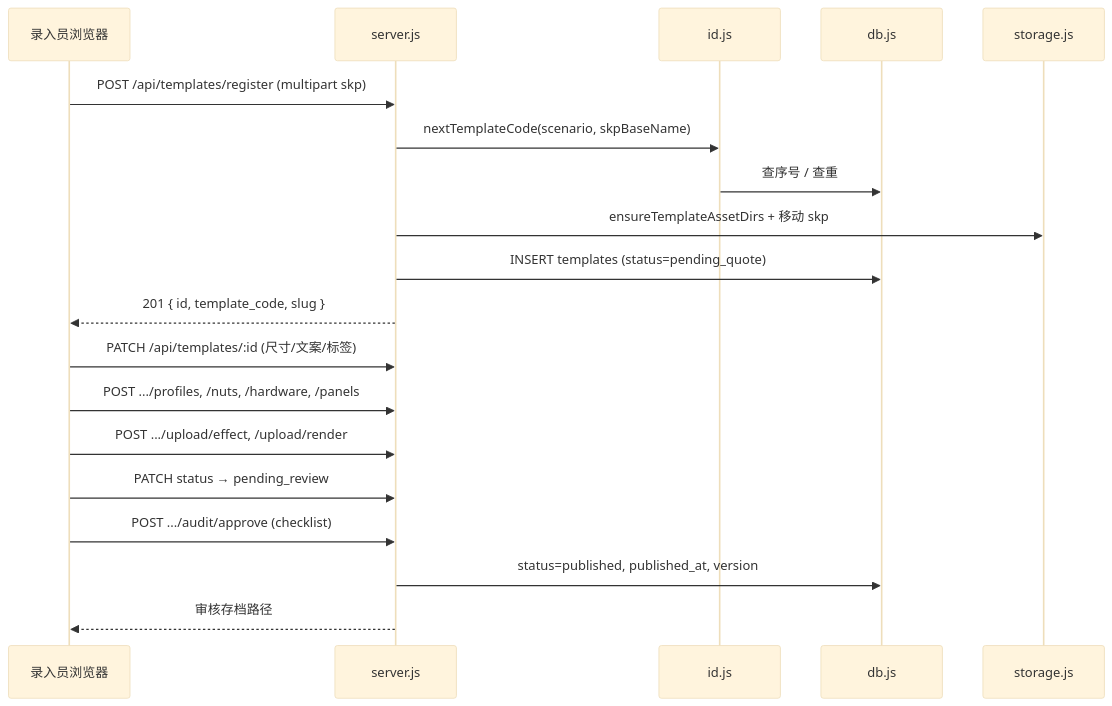
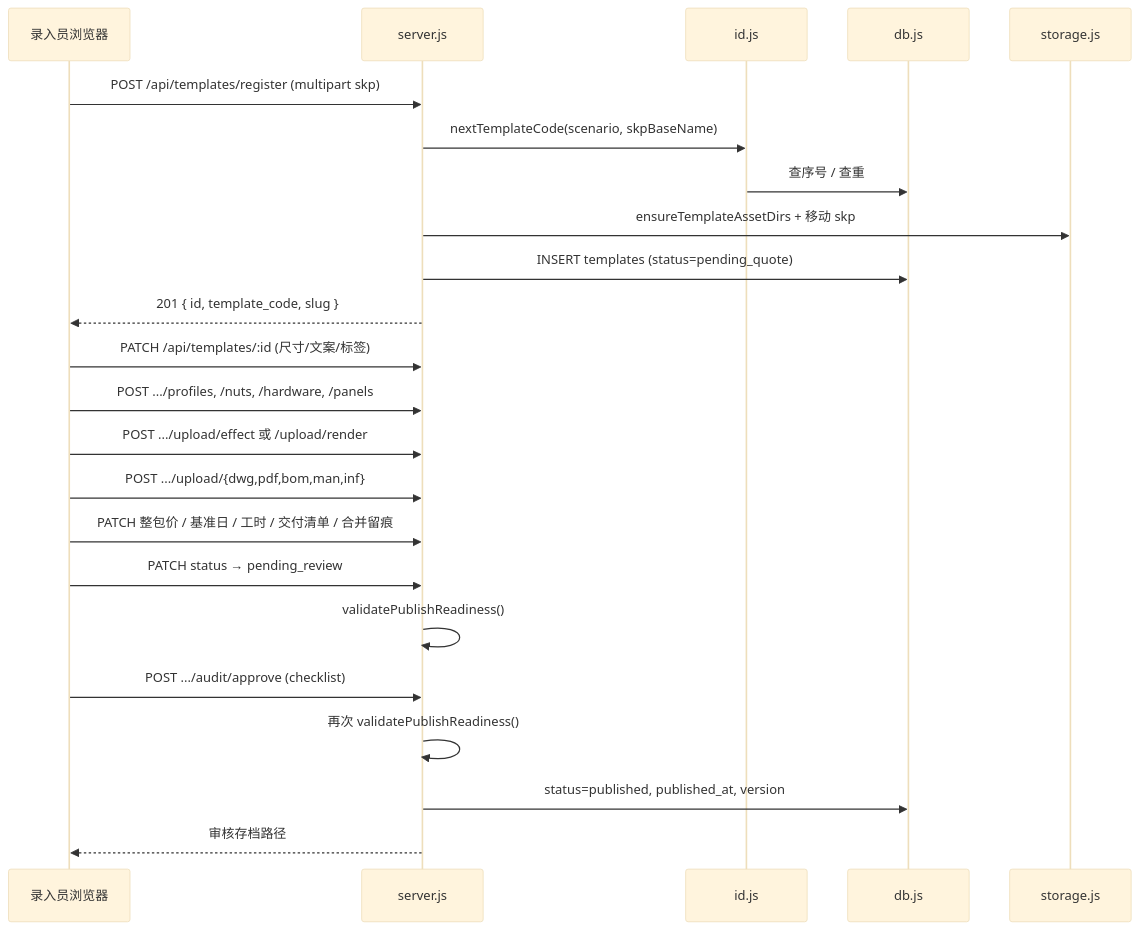
Before and after one commit to raintea223-art/Parti-MR2525: the fourth of 5 diagrams in architecture.md, drawn with Mermaid (base theme). The commit also changed other lines of this file and 22 other files, not shown here.

````diff
--- a/architecture.md
+++ b/architecture.md
@@ -474,22 +532,26 @@
 ```mermaid
 sequenceDiagram
   participant U as 录入员浏览器
   participant S as server.js
   participant I as id.js
   participant D as db.js
   participant ST as storage.js
 
   U->>S: POST /api/templates/register (multipart skp)
   S->>I: nextTemplateCode(scenario, skpBaseName)
   I->>D: 查序号 / 查重
   S->>ST: ensureTemplateAssetDirs + 移动 skp
   S->>D: INSERT templates (status=pending_quote)
   S-->>U: 201 { id, template_code, slug }
   U->>S: PATCH /api/templates/:id (尺寸/文案/标签)
   U->>S: POST .../profiles, /nuts, /hardware, /panels
-  U->>S: POST .../upload/effect, /upload/render
+  U->>S: POST .../upload/effect 或 /upload/render
+  U->>S: POST .../upload/{dwg,pdf,bom,man,inf}
+  U->>S: PATCH 整包价 / 基准日 / 工时 / 交付清单 / 合并留痕
   U->>S: PATCH status → pending_review
+  S->>S: validatePublishReadiness()
   U->>S: POST .../audit/approve (checklist)
+  S->>S: 再次 validatePublishReadiness()
   S->>D: status=published, published_at, version
   S-->>U: 审核存档路径
 ```
````
